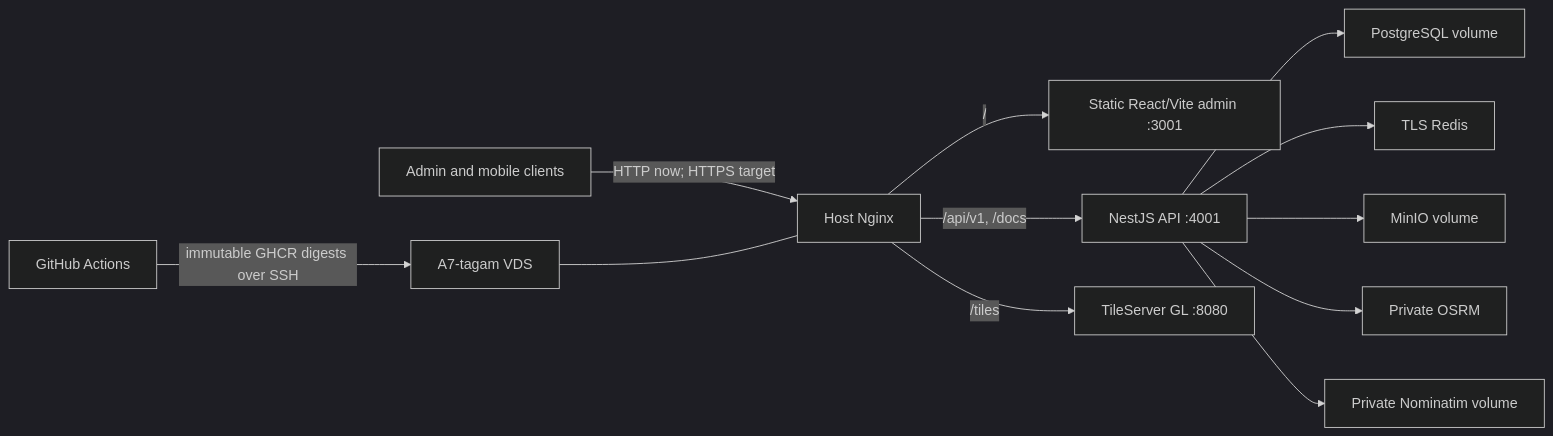
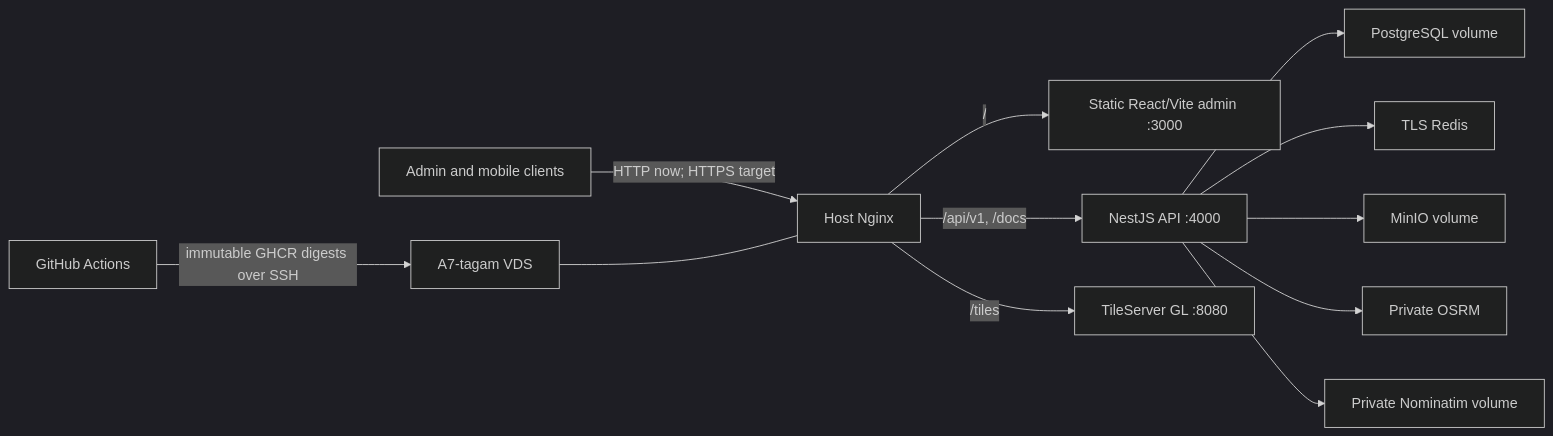
Before and after one commit to Dadebay/Backend_Admin_panel_alow_alow: the diagram in docs/INFRASTRUCTURE.md, drawn with Mermaid (dark theme). The commit also changed other lines of this file and 15 other files, not shown here.

````diff
--- a/docs/INFRASTRUCTURE.md
+++ b/docs/INFRASTRUCTURE.md
@@ -33,14 +31,14 @@
 ```mermaid
 flowchart LR
   U["Admin and mobile clients"] -->|"HTTP now; HTTPS target"| N["Host Nginx"]
-  N -->|"/"| A["Static React/Vite admin :3001"]
-  N -->|"/api/v1, /docs"| API["NestJS API :4001"]
+  N -->|"/"| A["Static React/Vite admin :3000"]
+  N -->|"/api/v1, /docs"| API["NestJS API :4000"]
   N -->|"/tiles"| T["TileServer GL :8080"]
   API --> PG["PostgreSQL volume"]
   API --> R["TLS Redis"]
   API --> S3["MinIO volume"]
   API --> O["Private OSRM"]
   API --> GEO["Private Nominatim volume"]
   GH["GitHub Actions"] -->|"immutable GHCR digests over SSH"| VDS["A7-tagam VDS"]
   VDS --- N
 ```
````
